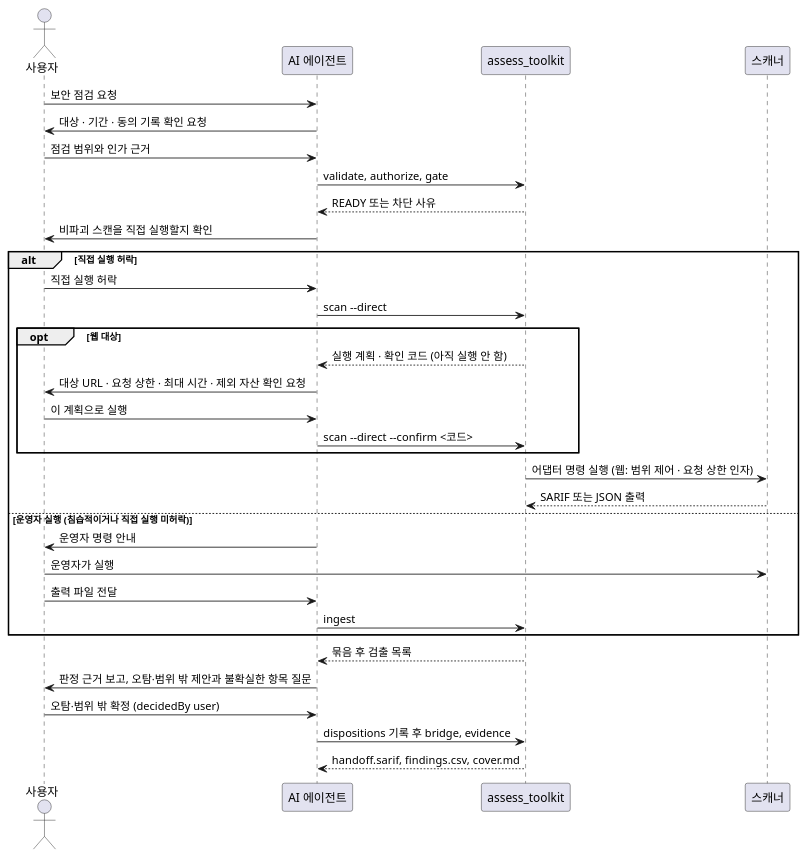
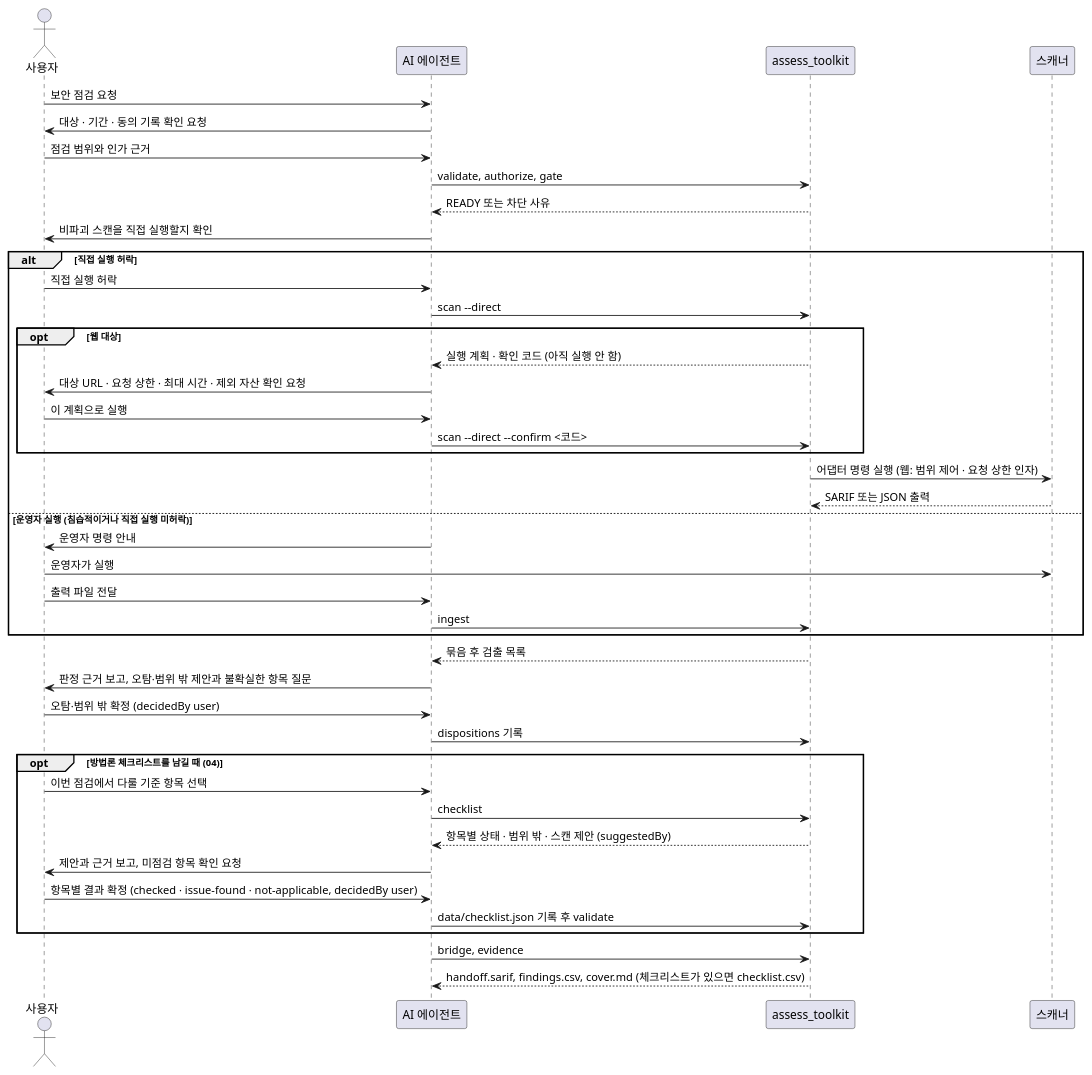
Before and after one commit to seo0tak/agent-skills: the diagram in plugins/security-assessment/skills/security-assessment/toolkit/docs/diagrams/sequence.puml, drawn with PlantUML. The commit also changed 16 other files, not shown here.

First line of the commit message:
docs(diagrams): 구조도 교차·섬 정리, security-assessment 시퀀스에 체크리스트 단계

```diff
--- a/plugins/security-assessment/skills/security-assessment/toolkit/docs/diagrams/sequence.puml
+++ b/plugins/security-assessment/skills/security-assessment/toolkit/docs/diagrams/sequence.puml
@@ -2,37 +2,46 @@
 @startuml
 skinparam shadowing false
 skinparam backgroundColor #FFFFFF
 skinparam defaultFontName "Apple SD Gothic Neo"
 actor "사용자" as U
 participant "AI 에이전트" as A
 participant "assess_toolkit" as T
 participant "스캐너" as S
 U -> A: 보안 점검 요청
 A -> U: 대상 · 기간 · 동의 기록 확인 요청
 U -> A: 점검 범위와 인가 근거
 A -> T: validate, authorize, gate
 T --> A: READY 또는 차단 사유
 A -> U: 비파괴 스캔을 직접 실행할지 확인
 alt 직접 실행 허락
   U -> A: 직접 실행 허락
   A -> T: scan --direct
   opt 웹 대상
     T --> A: 실행 계획 · 확인 코드 (아직 실행 안 함)
     A -> U: 대상 URL · 요청 상한 · 최대 시간 · 제외 자산 확인 요청
     U -> A: 이 계획으로 실행
     A -> T: scan --direct ~--confirm <코드>
   end
   T -> S: 어댑터 명령 실행 (웹: 범위 제어 · 요청 상한 인자)
   S --> T: SARIF 또는 JSON 출력
 else 운영자 실행 (침습적이거나 직접 실행 미허락)
   A -> U: 운영자 명령 안내
   U -> S: 운영자가 실행
   U -> A: 출력 파일 전달
   A -> T: ingest
 end
 T --> A: 묶음 후 검출 목록
 A -> U: 판정 근거 보고, 오탐·범위 밖 제안과 불확실한 항목 질문
 U -> A: 오탐·범위 밖 확정 (decidedBy user)
-A -> T: dispositions 기록 후 bridge, evidence
-T --> A: handoff.sarif, findings.csv, cover.md
+A -> T: dispositions 기록
+opt 방법론 체크리스트를 남길 때 (04)
+  U -> A: 이번 점검에서 다룰 기준 항목 선택
+  A -> T: checklist
+  T --> A: 항목별 상태 · 범위 밖 · 스캔 제안 (suggestedBy)
+  A -> U: 제안과 근거 보고, 미점검 항목 확인 요청
+  U -> A: 항목별 결과 확정 (checked · issue-found · not-applicable, decidedBy user)
+  A -> T: data/checklist.json 기록 후 validate
+end
+A -> T: bridge, evidence
+T --> A: handoff.sarif, findings.csv, cover.md (체크리스트가 있으면 checklist.csv)
 @enduml
```
